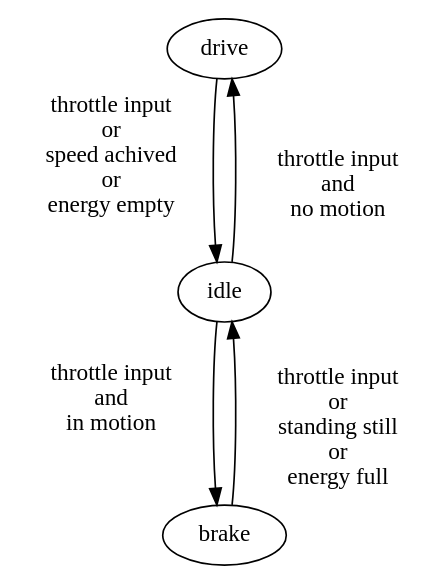
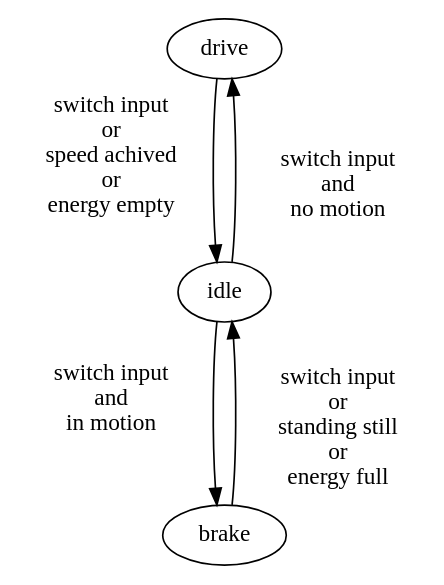
Before and after one commit to Solaire-42/kers: the diagram in Software/state_diagram.dot, drawn with Graphviz. The commit also changed 1 other file, not shown here.

Commit message:
Software: Replace throttle with switch in state diagram because more generic

```diff
--- a/Software/state_diagram.dot
+++ b/Software/state_diagram.dot
@@ -1,14 +1,14 @@
 digraph G {
     drive -> idle [ minlen=3, 
-                    headlabel="throttle input \n or \n speed achived \n or \n energy empty", 
+                    headlabel="switch input \n or \n speed achived \n or \n energy empty", 
                     labeldistance=9 labelangle=40];
     idle -> drive [ minlen=3, 
-                    headlabel="throttle input \n and \n no motion", 
+                    headlabel="switch input \n and \n no motion", 
                     labeldistance=9, labelangle=40];
     idle -> brake [ minlen=3, 
-                    headlabel="throttle input \n and \n in motion", 
+                    headlabel="switch input \n and \n in motion", 
                     labeldistance=9, labelangle=40];
     brake -> idle [ minlen=3, 
-                    headlabel="throttle input \n or \n standing still \n or \n energy full", 
+                    headlabel="switch input \n or \n standing still \n or \n energy full", 
                     labeldistance=9 labelangle=40];
 }
```
